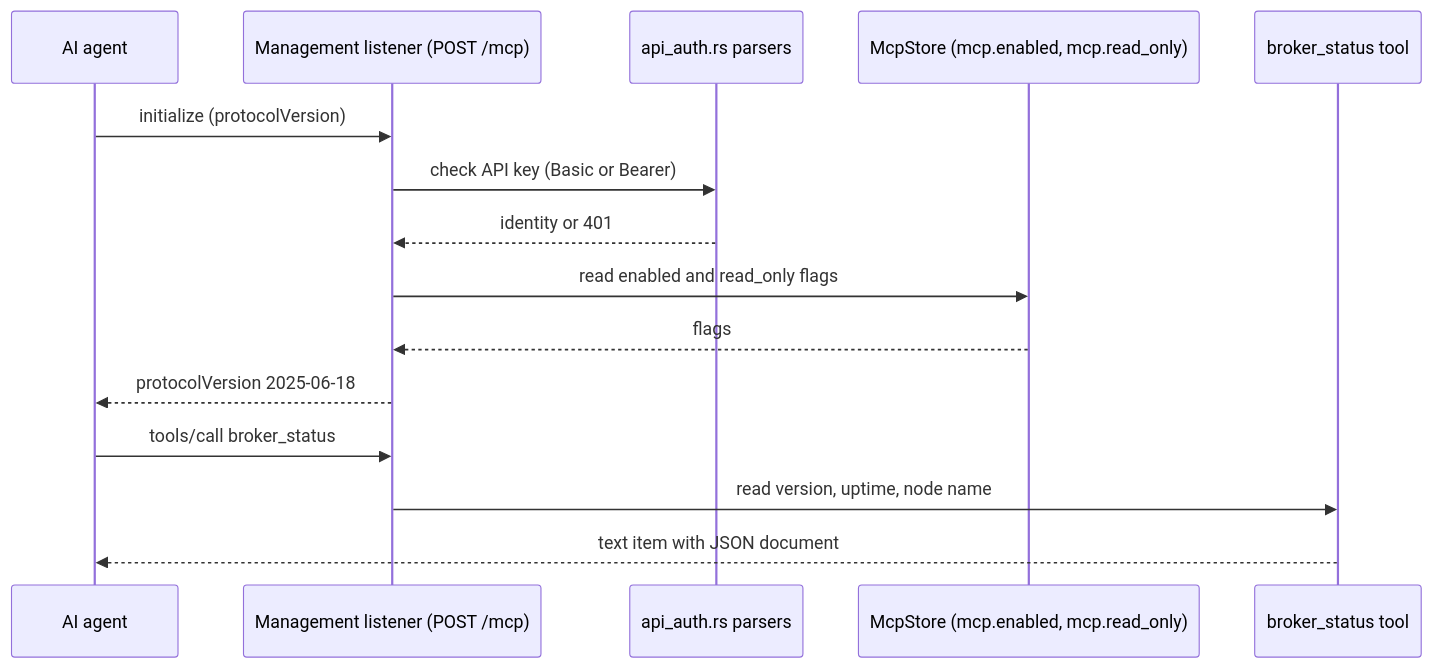
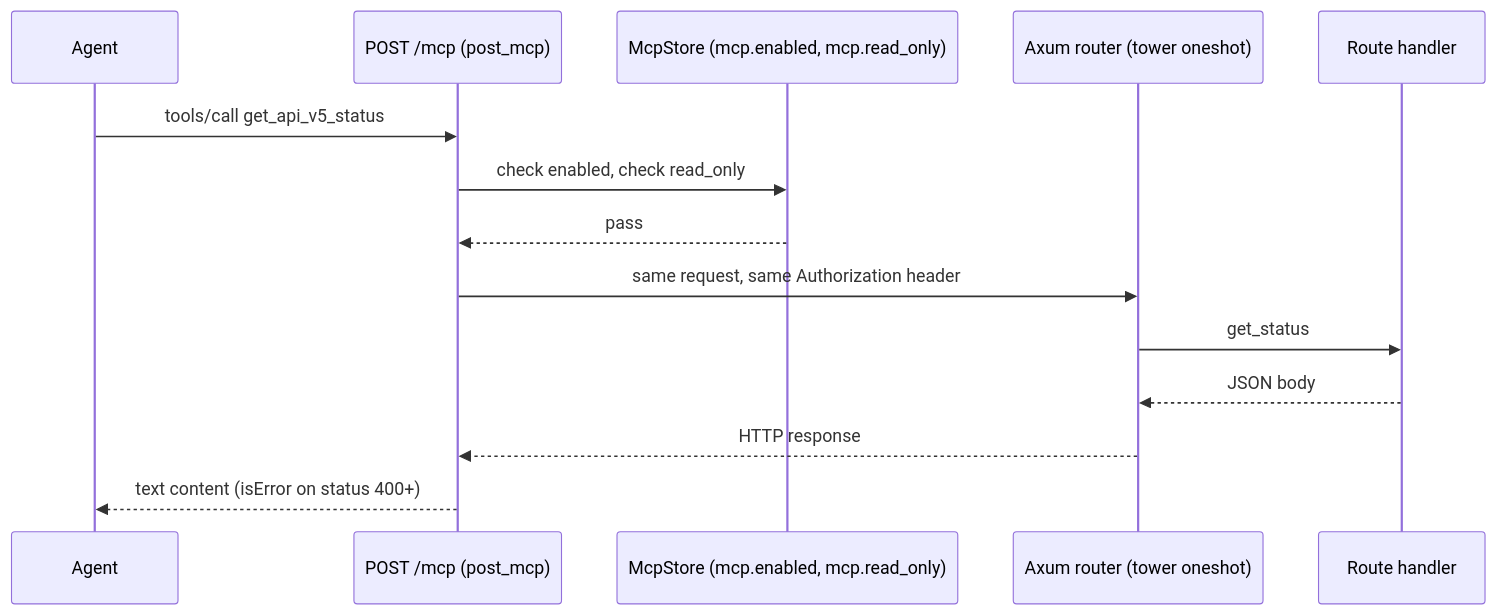
The diagram in docs/mcp.md (Indus-Stack/indramqtt), drawn with Mermaid before and after one commit. The commit also changed other lines of this file and 13 other files, not shown here.

````diff
--- a/docs/mcp.md
+++ b/docs/mcp.md
@@ -8,17 +8,16 @@
 ```mermaid
 sequenceDiagram
-    participant Agent as AI agent
-    participant Listener as Management listener (POST /mcp)
-    participant Auth as api_auth.rs parsers
-    participant Store as McpStore (mcp.enabled, mcp.read_only)
-    participant Tool as broker_status tool
-    Agent->>Listener: initialize (protocolVersion)
-    Listener->>Auth: check API key (Basic or Bearer)
-    Auth-->>Listener: identity or 401
-    Listener->>Store: read enabled and read_only flags
-    Store-->>Listener: flags
-    Listener-->>Agent: protocolVersion 2025-06-18
-    Agent->>Listener: tools/call broker_status
-    Listener->>Tool: read version, uptime, node name
-    Tool-->>Agent: text item with JSON document
+    participant Agent as Agent
+    participant MCP as POST /mcp (post_mcp)
+    participant Switch as McpStore (mcp.enabled, mcp.read_only)
+    participant Router as Axum router (tower oneshot)
+    participant Handler as Route handler
+    Agent->>MCP: tools/call get_api_v5_status
+    MCP->>Switch: check enabled, check read_only
+    Switch-->>MCP: pass
+    MCP->>Router: same request, same Authorization header
+    Router->>Handler: get_status
+    Handler-->>Router: JSON body
+    Router-->>MCP: HTTP response
+    MCP-->>Agent: text content (isError on status 400+)
 ```
````
